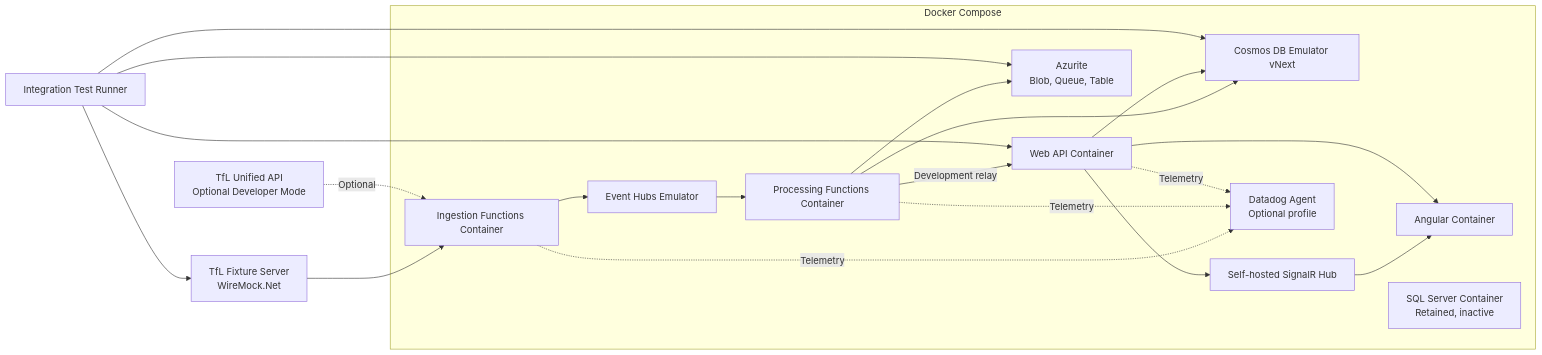
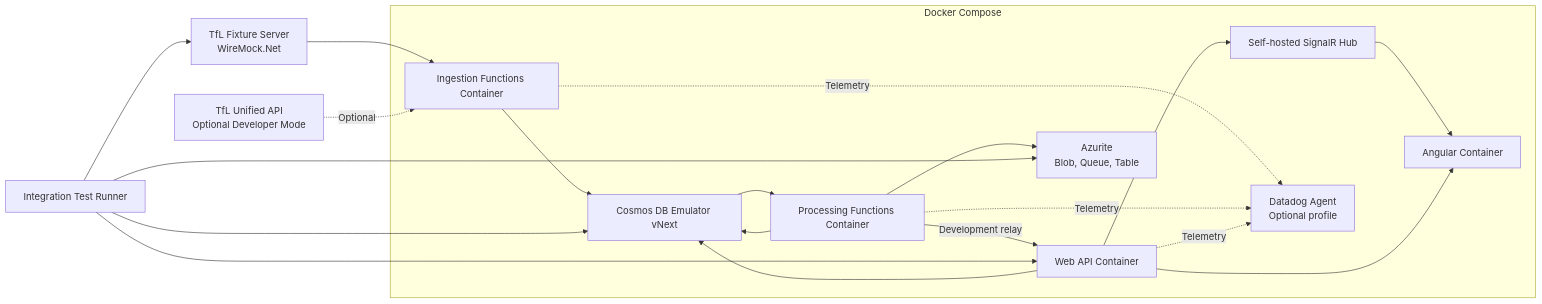
One commit to sses79/tfl-analytics changed the second of 2 diagrams in Plan.md. Above: the diagram before and after it, drawn with Mermaid. The commit also changed other lines of this file and 54 other files, not shown here.

````diff
--- a/Plan.md
+++ b/Plan.md
@@ -190,40 +183,38 @@
 ```mermaid
 flowchart LR
     FIXTURE[TfL Fixture Server<br/>WireMock.Net]
     LIVE[TfL Unified API<br/>Optional Developer Mode]
 
     subgraph Docker_Compose[Docker Compose]
         INGEST[Ingestion Functions Container]
         PROCESS[Processing Functions Container]
         API_LOCAL[Web API Container]
         WEB[Angular Container]
 
-        EH_LOCAL[Event Hubs Emulator]
         AZURITE[Azurite<br/>Blob, Queue, Table]
         COSMOS_LOCAL[Cosmos DB Emulator vNext]
-        SQL_LOCAL[SQL Server Container<br/>Retained, inactive]
         SIGNALR_LOCAL[Self-hosted SignalR Hub]
         DD[Datadog Agent<br/>Optional profile]
     end
 
     TESTS[Integration Test Runner]
 
     FIXTURE --> INGEST
     LIVE -. Optional .-> INGEST
-    INGEST --> EH_LOCAL
-    EH_LOCAL --> PROCESS
+    INGEST --> COSMOS_LOCAL
+    COSMOS_LOCAL --> PROCESS
     PROCESS --> AZURITE
     PROCESS --> COSMOS_LOCAL
     PROCESS -- Development relay --> API_LOCAL
     API_LOCAL --> COSMOS_LOCAL
     API_LOCAL --> SIGNALR_LOCAL
     SIGNALR_LOCAL --> WEB
     API_LOCAL --> WEB
     INGEST -. Telemetry .-> DD
     PROCESS -. Telemetry .-> DD
     API_LOCAL -. Telemetry .-> DD
     TESTS --> FIXTURE
     TESTS --> API_LOCAL
     TESTS --> AZURITE
     TESTS --> COSMOS_LOCAL
 ```
````
